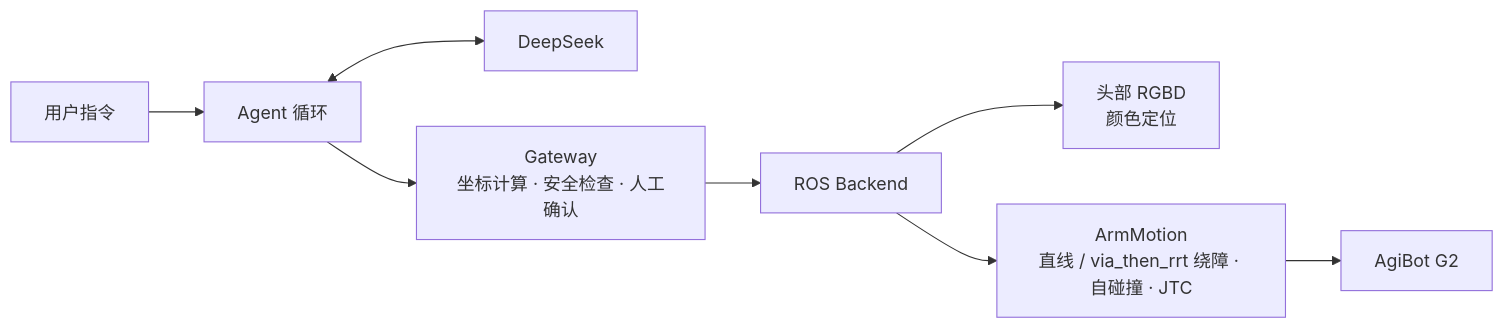
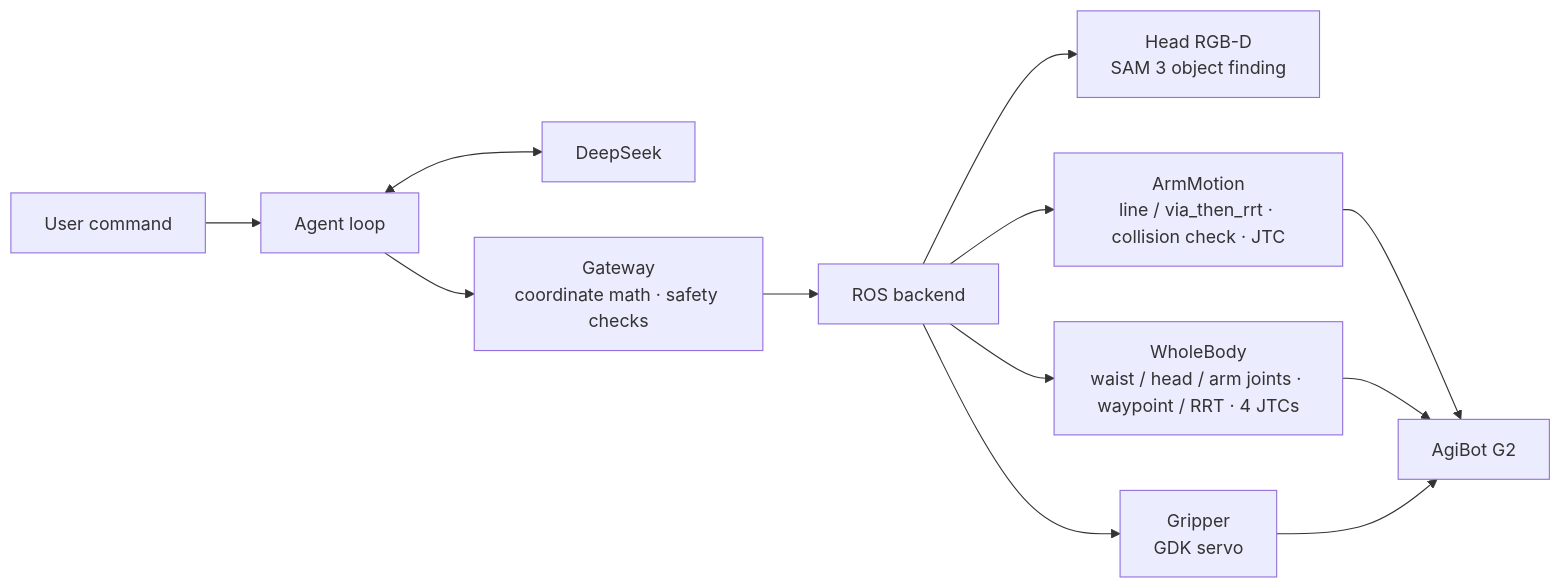
The diagram in README.md (mikeJoy6/harness_genie_G2), drawn with Mermaid before and after one commit. The commit also changed other lines of this file and 78 other files, not shown here.

````diff
--- a/README.md
+++ b/README.md
@@ -36,10 +31,14 @@
 ```mermaid
 flowchart LR
-    U[用户指令] --> L[Agent 循环]
+    U[User command] --> L[Agent loop]
     L <--> M[DeepSeek]
-    L --> G[Gateway<br/>坐标计算 · 安全检查 · 人工确认]
-    G --> R[ROS Backend]
-    R --> V[头部 RGBD<br/>颜色定位]
-    R --> A[ArmMotion<br/>直线 / via_then_rrt 绕障 · 自碰撞 · JTC]
+    L --> G[Gateway<br/>coordinate math · safety checks]
+    G --> R[ROS backend]
+    R --> V[Head RGB-D<br/>SAM 3 object finding]
+    R --> A[ArmMotion<br/>line / via_then_rrt · collision check · JTC]
+    R --> W[WholeBody<br/>waist / head / arm joints · waypoint / RRT · 4 JTCs]
+    R --> H[Gripper<br/>GDK servo]
     A --> G2[AgiBot G2]
+    W --> G2
+    H --> G2
 ```
````
